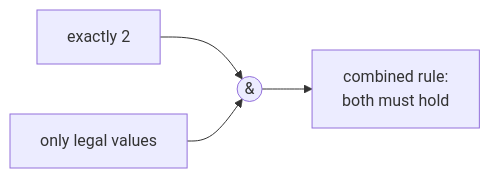
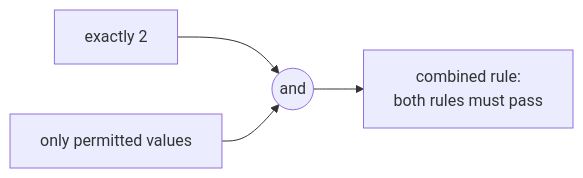
The third of 4 diagrams in docs/examples/cobra/.cluedoc/argument-validation/README.md (KeunwooPark/cluedoc), drawn with Mermaid before and after one commit. The commit also changed other lines of this file and 22 other files, not shown here.

````diff
--- a/docs/examples/cobra/.cluedoc/argument-validation/README.md
+++ b/docs/examples/cobra/.cluedoc/argument-validation/README.md
@@ -59,7 +65,7 @@
 ```mermaid
 flowchart LR
-    R1["exactly 2"] --> AND(("&"))
-    R2["only legal values"] --> AND
+    R1["exactly 2"] --> AND(("and"))
+    R2["only permitted values"] --> AND
     AND --> RES["combined rule:
-    both must hold"]
+    both rules must pass"]
 ```
````
